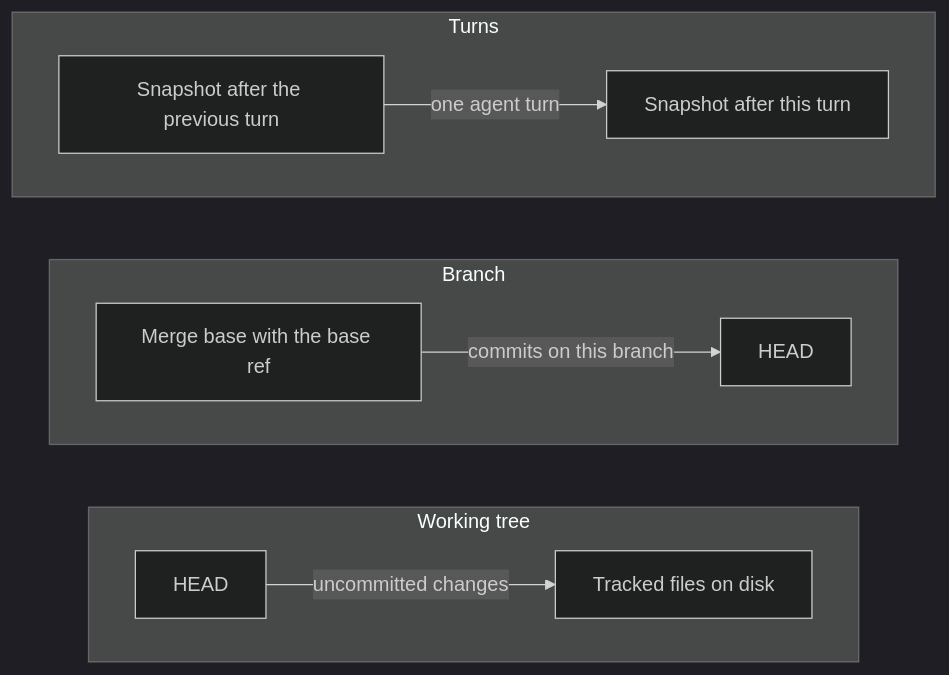
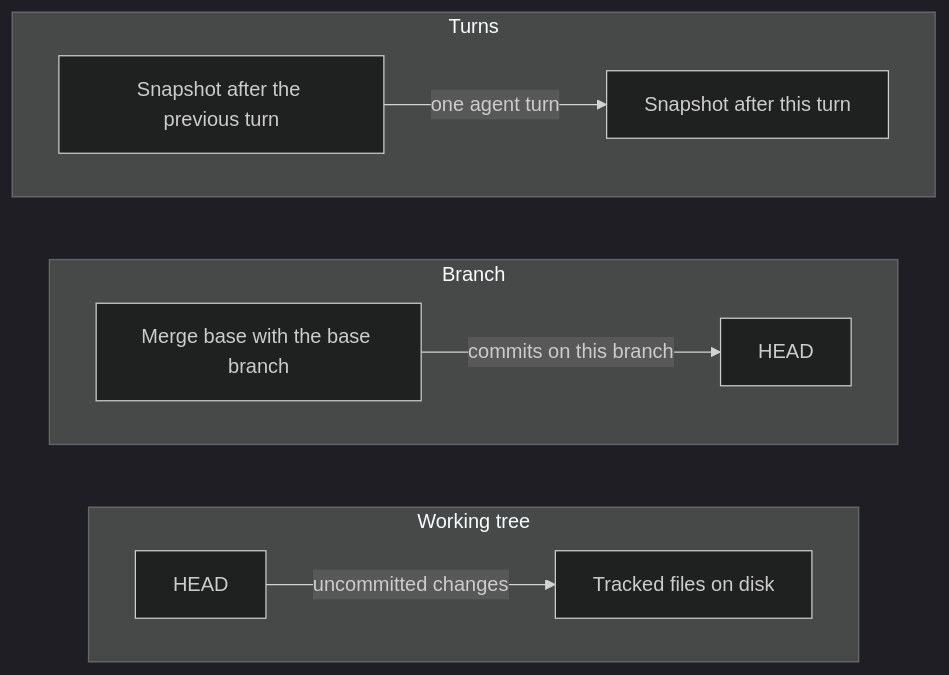
Before and after one commit to OpenWaggle/OpenWaggle: the diagram in website/src/content/docs/developer-workflow/git-integration.md, drawn with Mermaid (dark theme). The commit also changed other lines of this file and 8 other files, not shown here.

````diff
--- a/website/src/content/docs/developer-workflow/git-integration.md
+++ b/website/src/content/docs/developer-workflow/git-integration.md
@@ -154,15 +49,15 @@
 ```mermaid
 flowchart LR
   subgraph wt["Working tree"]
     direction LR
     h1["HEAD"] -->|"uncommitted changes"| d1["Tracked files on disk"]
   end
   subgraph br["Branch"]
     direction LR
-    mb["Merge base with the base ref"] -->|"commits on this branch"| h2["HEAD"]
+    mb["Merge base with the base branch"] -->|"commits on this branch"| h2["HEAD"]
   end
   subgraph tu["Turns"]
     direction LR
     t0["Snapshot after the previous turn"] -->|"one agent turn"| t1["Snapshot after this turn"]
   end
 ```
````
